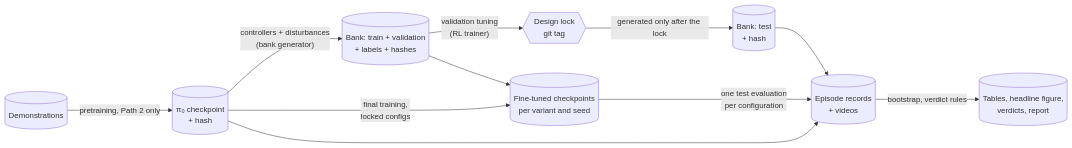
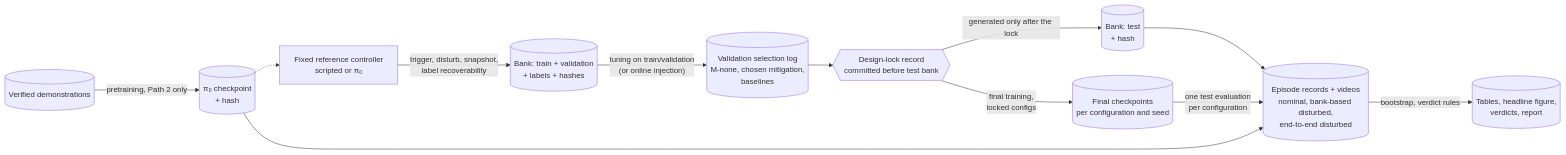
One commit to hongbinyang/afterslip changed the third of 8 diagrams in docs/architecture.md. Above: the diagram before and after it, drawn with Mermaid. The commit also changed other lines of this file, not shown here.

First line of the commit message:
Revise architecture overview after review

````diff
--- a/docs/architecture.md
+++ b/docs/architecture.md
@@ -95,22 +98,25 @@
 ```mermaid
 flowchart LR
     CK[("π₀ checkpoint<br/>+ hash")]
-    DEMO[("Demonstrations")]
+    DEMO[("Verified demonstrations")]
+    REF["Fixed reference controller<br/>scripted or π₀"]
     BTV[("Bank: train + validation<br/>+ labels + hashes")]
-    LOCK{{"Design lock<br/>git tag"}}
+    SEL[("Validation selection log<br/>M-none, chosen mitigation,<br/>baselines")]
+    LOCK{{"Design-lock record<br/>committed before test bank"}}
     BT[("Bank: test<br/>+ hash")]
-    FT[("Fine-tuned checkpoints<br/>per variant and seed")]
-    EP[("Episode records<br/>+ videos")]
+    FT[("Final checkpoints<br/>per configuration and seed")]
+    EP[("Episode records + videos<br/>nominal, bank-based disturbed,<br/>end-to-end disturbed")]
     FIG[("Tables, headline figure,<br/>verdicts, report")]
 
     DEMO -- "pretraining, Path 2 only" --> CK
-    CK -- "controllers + disturbances<br/>(bank generator)" --> BTV
-    BTV -- "validation tuning<br/>(RL trainer)" --> LOCK
+    CK -.-> REF
+    REF -- "trigger, disturb, snapshot,<br/>label recoverability" --> BTV
+    BTV -- "tuning on train/validation<br/>(or online injection)" --> SEL
+    SEL --> LOCK
     LOCK -- "generated only after the lock" --> BT
-    CK -- "final training,<br/>locked configs" --> FT
-    BTV --> FT
+    LOCK -- "final training,<br/>locked configs" --> FT
     FT -- "one test evaluation<br/>per configuration" --> EP
     CK --> EP
     BT --> EP
     EP -- "bootstrap, verdict rules" --> FIG
 ```
````
